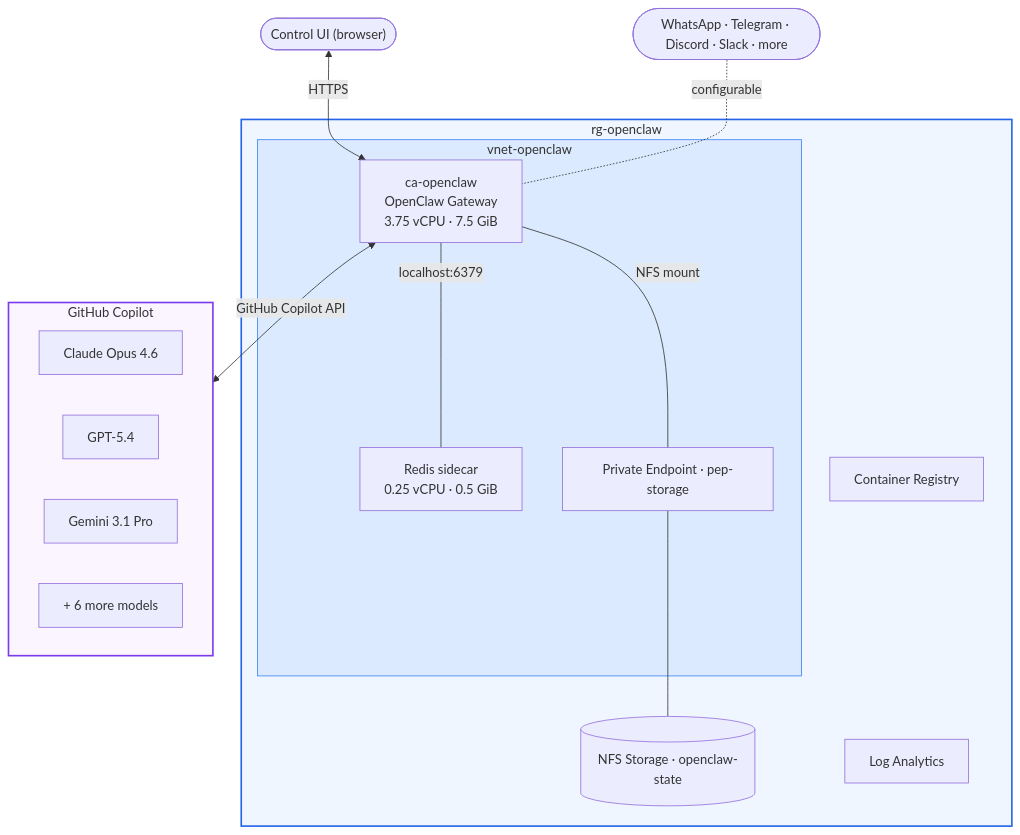
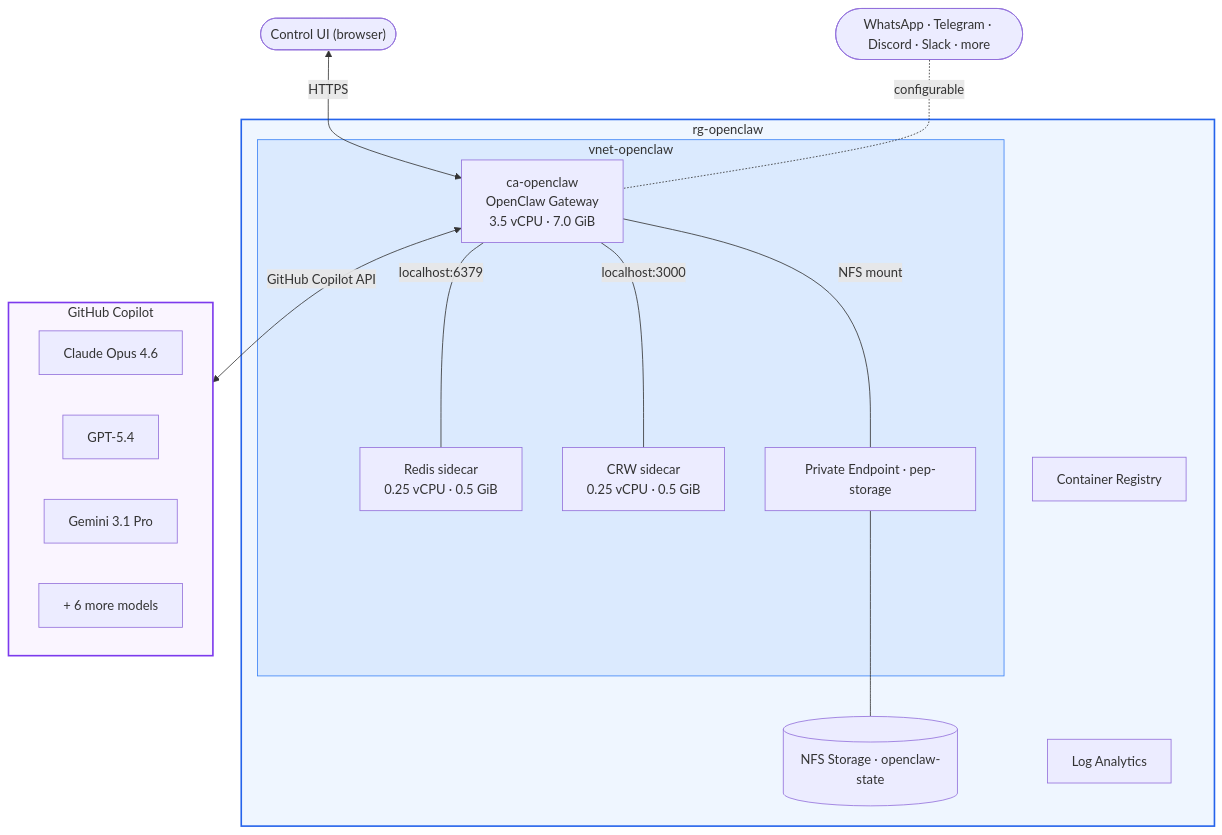
One commit to serdarsemen/openclaw-azure-containerapps changed the first of 2 diagrams in README.md. Above: the diagram before and after it, drawn with Mermaid. The commit also changed other lines of this file and 12 other files, not shown here.

Commit message:
feat: add CRW sidecar support and update related configurations

````diff
--- a/README.md
+++ b/README.md
@@ -391,32 +391,34 @@
 ```mermaid
 flowchart TB
     cui(["Control UI (browser)"])
     ch(["WhatsApp · Telegram · Discord · Slack · more"])
     cui <-->|HTTPS| gw
     ch -.-|configurable| gw
 
     subgraph azure["rg-openclaw"]
         subgraph vnet["vnet-openclaw"]
-            gw["ca-openclaw<br/>OpenClaw Gateway<br/>3.75 vCPU · 7.5 GiB"]
+            gw["ca-openclaw<br/>OpenClaw Gateway<br/>3.5 vCPU · 7.0 GiB"]
             redis["Redis sidecar<br/>0.25 vCPU · 0.5 GiB"]
+            crw["CRW sidecar<br/>0.25 vCPU · 0.5 GiB"]
             pe["Private Endpoint · pep-storage"]
             gw ---|localhost:6379| redis
+            gw ---|localhost:3000| crw
             gw ---|NFS mount| pe
         end
         pe --- nfs[("NFS Storage · openclaw-state")]
         acr["Container Registry"] ~~~ logs["Log Analytics"]
     end
 
     gw <-->|GitHub Copilot API| copilot
 
     subgraph copilot["GitHub Copilot"]
         opus["Claude Opus 4.6"]
         gpt["GPT-5.4"]
         gem["Gemini 3.1 Pro"]
         more2["+ 6 more models"]
     end
 
     style azure fill:#eff6ff,stroke:#2563eb,stroke-width:2px
     style vnet fill:#dbeafe,stroke:#3b82f6,stroke-width:1px
     style copilot fill:#faf5ff,stroke:#7c3aed,stroke-width:2px
 ```
````
